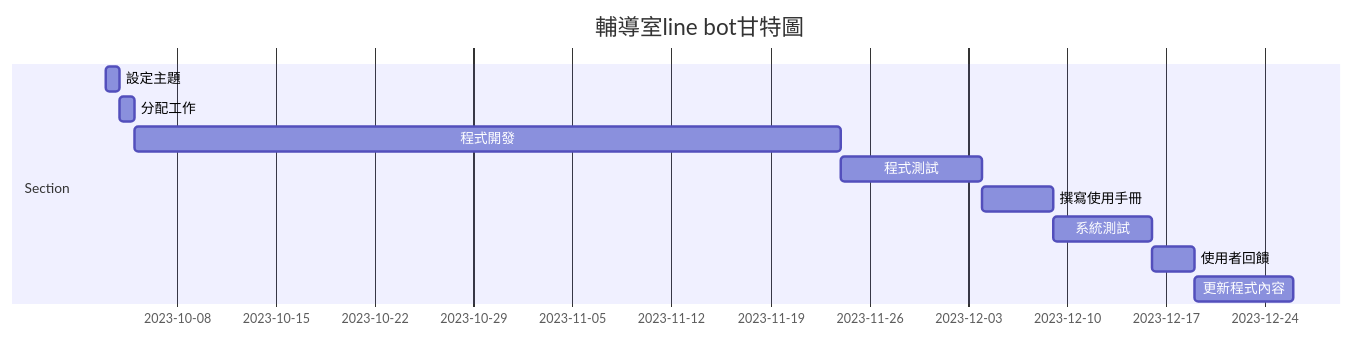
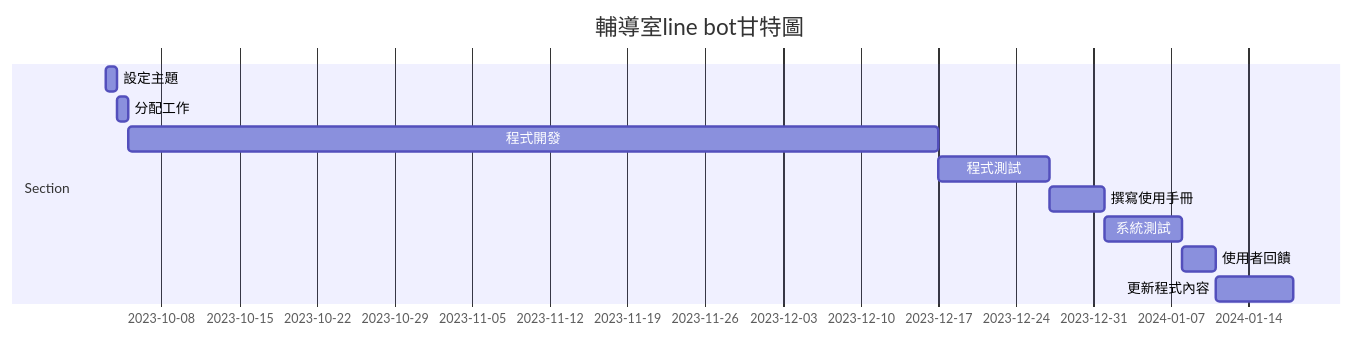
One commit to xinyi1201/Group5 changed the diagram in hw2.md. Above: the diagram before and after it, drawn with Mermaid.

````diff
--- a/hw2.md
+++ b/hw2.md
@@ -13,14 +13,14 @@
 ```mermaid
 gantt
     title 輔導室line bot甘特圖
 
     section Section
     設定主題     :a1, 2023-10-03, 0.5d
     分配工作     :a2, after a1, 0.5d
-    程式開發     :a3, after a2 , 50d
+    程式開發     :a3, after a2 , 73d
     程式測試     :a4, after a3  , 10d
     撰寫使用手冊 :a5, after  a4  , 5d
     系統測試     :a6, after a5  , 7d
     使用者回饋    :a7, after a6 , 3d
     更新程式內容  :a8, after a7 , 7d
 ```
````
